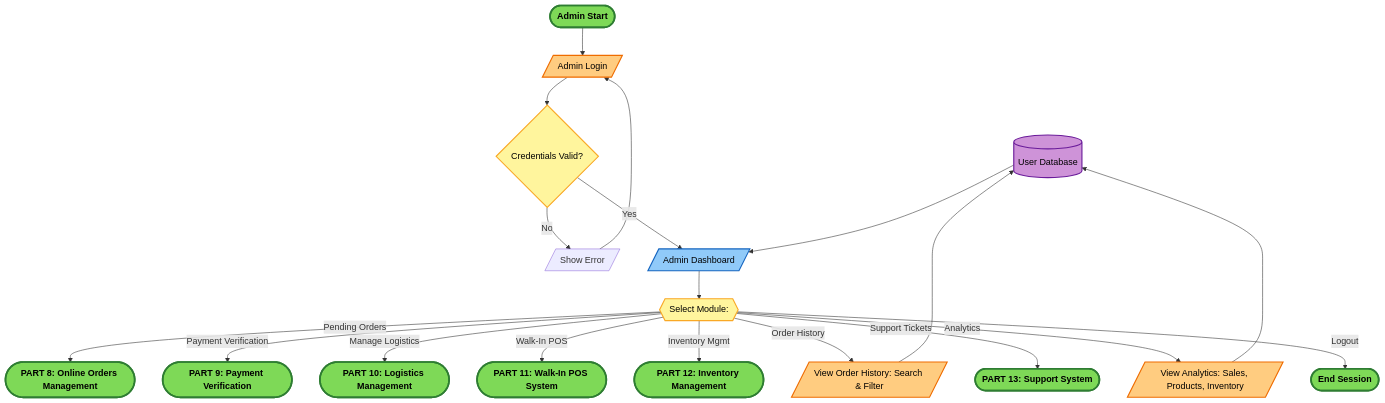
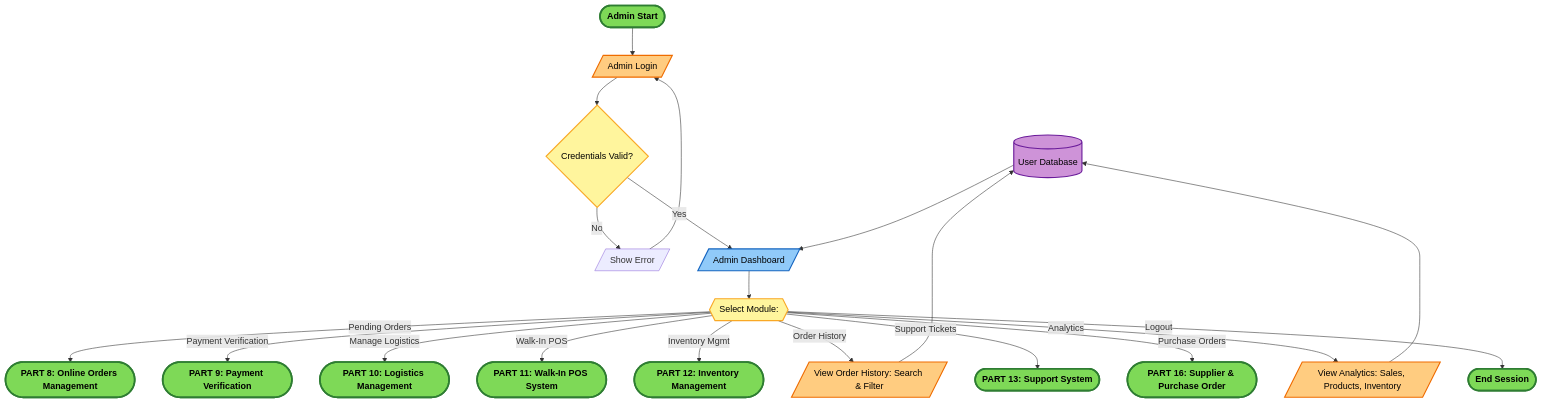
The diagram in Mermaid/Claude/v3.0/7_ADMIN_OVERVIEW.mmd (butterkookies/OOP-TaurusBikeShop), drawn with Mermaid before and after one commit. The commit also changed 7 other files, not shown here.

```diff
--- a/Mermaid/Claude/v3.0/7_ADMIN_OVERVIEW.mmd
+++ b/Mermaid/Claude/v3.0/7_ADMIN_OVERVIEW.mmd
@@ -1,46 +1,47 @@
 %% =====================================================
 %% BIKE SHOP - PART 7: ADMIN SYSTEM OVERVIEW
 %% =====================================================
 %% Schema tables: User, Role, UserRole, SystemLog
-%% Connects to: Parts 8–13 (admin modules)
+%% Connects to: Parts 8–13, 16 (admin modules)
 %% =====================================================
 
 flowchart TD
 
 DB1[("User Database")]
 
 A_START([Admin Start])
 A_START --> A1[/"Admin Login"/]
 A1 --> A2{"Credentials Valid?"}
 A2 -->|No| A2A[/"Show Error"/]
 A2A --> A1
 A2 -->|Yes| A3[/"Admin Dashboard"/]
 
 A3 --> A4{{"Select Module:"}}
 
 A4 -->|Pending Orders| ORDERS(["PART 8: Online Orders Management"])
 A4 -->|Payment Verification| PAYMENT_VER(["PART 9: Payment Verification"])
 A4 -->|Manage Logistics| LOGISTICS(["PART 10: Logistics Management"])
 A4 -->|Walk-In POS| POS(["PART 11: Walk-In POS System"])
 A4 -->|Inventory Mgmt| INVENTORY(["PART 12: Inventory Management"])
 A4 -->|Order History| HISTORY[/"View Order History: Search & Filter"/]
 A4 -->|Support Tickets| SUPPORT(["PART 13: Support System"])
+A4 -->|Purchase Orders| PURCHASE_ORDERS(["PART 16: Supplier & Purchase Order"])
 A4 -->|Analytics| ANALYTICS[/"View Analytics: Sales, Products, Inventory"/]
 A4 -->|Logout| END([End Session])
 
 HISTORY --> DB1
 ANALYTICS --> DB1
 DB1 --> A3
 
 classDef startend fill:#7ED957,stroke:#2E7D32,stroke-width:3px,color:#000,font-weight:bold
 classDef process fill:#90CAF9,stroke:#1565C0,stroke-width:2px,color:#000
 classDef decision fill:#FFF59D,stroke:#F9A825,stroke-width:2px,color:#000
 classDef io fill:#FFCC80,stroke:#EF6C00,stroke-width:2px,color:#000
 classDef database fill:#CE93D8,stroke:#6A1B9A,stroke-width:2px,color:#000
 classDef connector fill:#FFB6C1,stroke:#FF1493,stroke-width:3px,color:#000,font-weight:bold
 
-class A_START,ORDERS,PAYMENT_VER,LOGISTICS,POS,INVENTORY,SUPPORT,END startend
+class A_START,ORDERS,PAYMENT_VER,LOGISTICS,POS,INVENTORY,SUPPORT,PURCHASE_ORDERS,END startend
 class A3 process
 class A2,A4 decision
 class A1,HISTORY,ANALYTICS io
 class DB1 database
```
